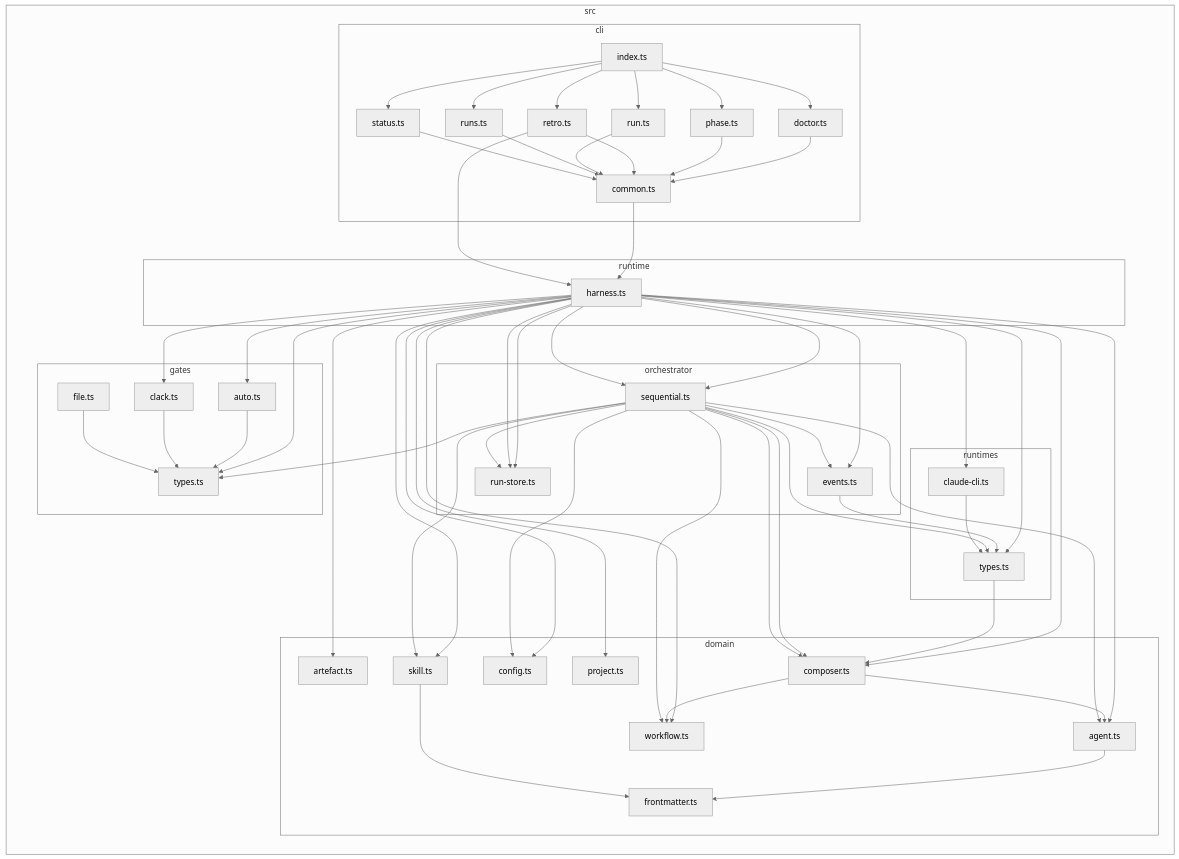
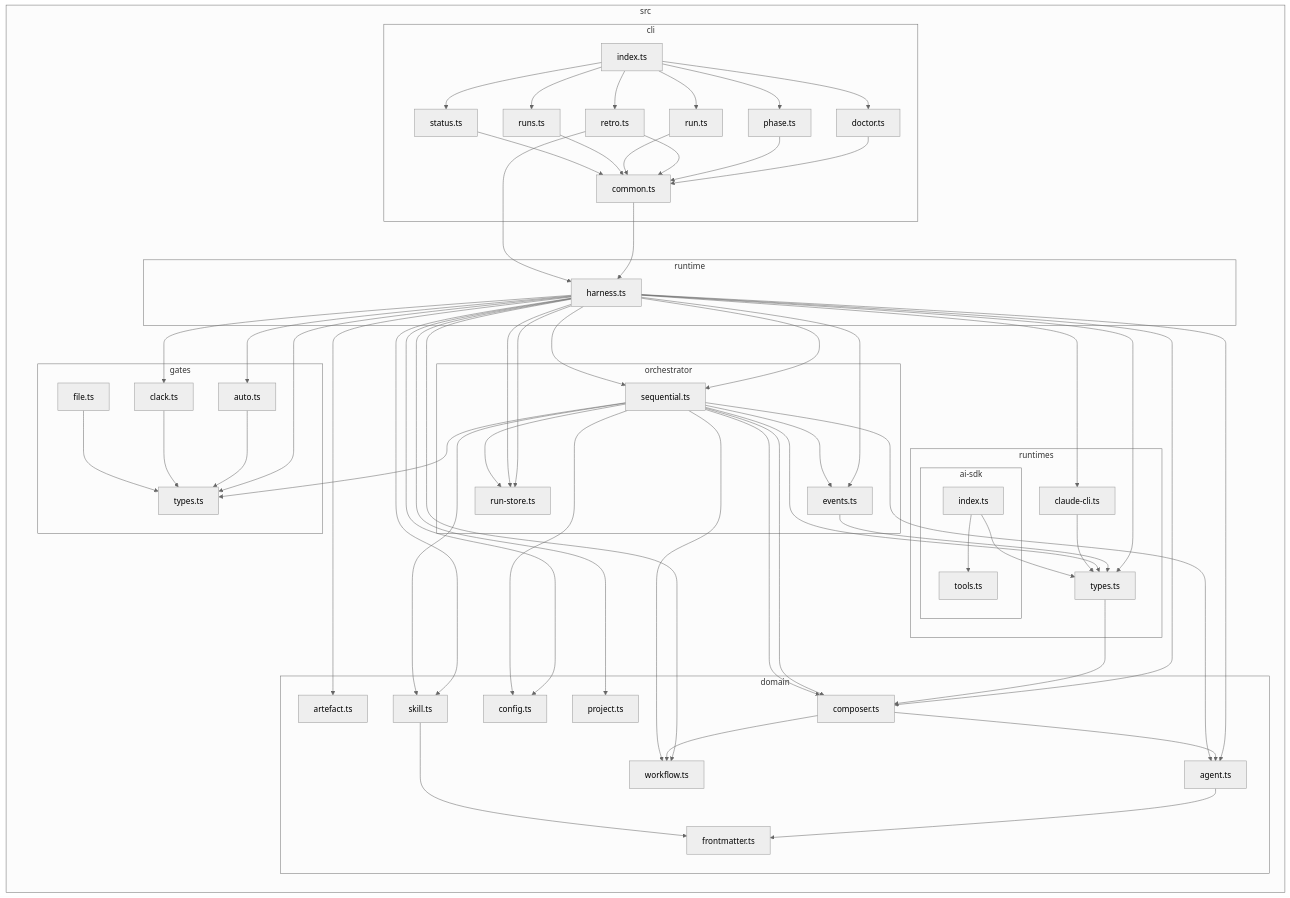
The diagram in docs/ARCHITECTURE-graph.md (m-dwyer/ordin), drawn with Mermaid (neutral theme) before and after one commit. The commit also changed 13 other files, not shown here.

````diff
--- a/docs/ARCHITECTURE-graph.md
+++ b/docs/ARCHITECTURE-graph.md
@@ -39,6 +39,10 @@
 subgraph K["runtimes"]
 L["types.ts"]
 O["claude-cli.ts"]
+subgraph X["ai-sdk"]
+Y["index.ts"]
+Z["tools.ts"]
+end
 end
 end
 2-->4
@@ -92,4 +96,6 @@
 U-->2
 V-->2
 W-->G
+Y-->L
+Y-->Z
 ```
````
